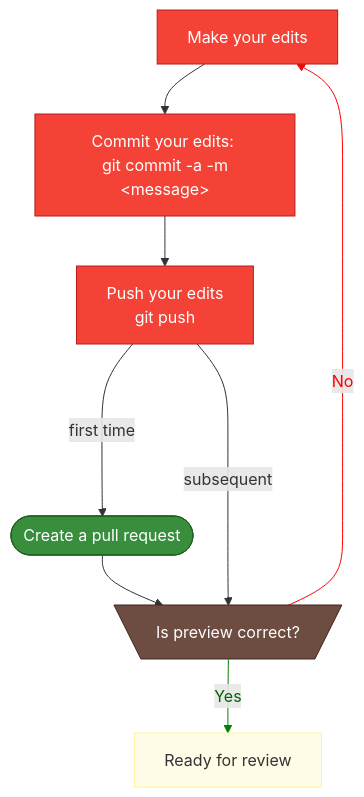
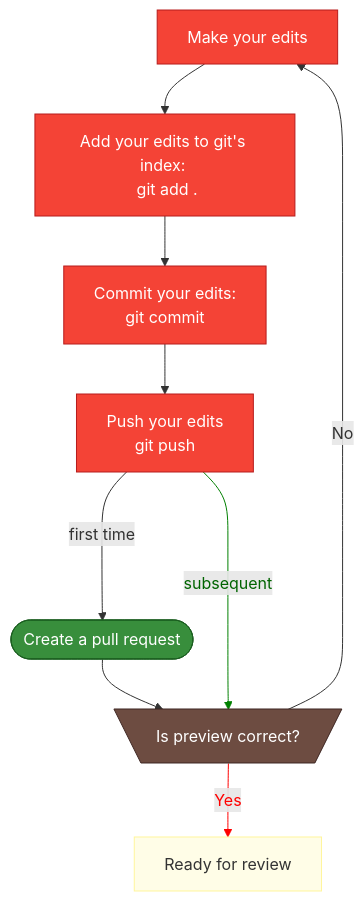
The fourth of 5 diagrams in documentation/docs/developer_guide/contribution_flowchart.md (CABLE-LSM/CABLE), drawn with Mermaid before and after one commit. The commit also changed other lines of this file, not shown here.

Commit message:
Separate add and commit

````diff
--- a/documentation/docs/developer_guide/contribution_flowchart.md
+++ b/documentation/docs/developer_guide/contribution_flowchart.md
@@ -108,29 +108,30 @@
 ```mermaid
    flowchart TB
 
       edits[Make your edits]:::term;
-      commit["Commit your edits: <br> git commit -a -m &lt;message&gt;"]:::term;
+      add["Add your edits to git's index: <br> git add ."]:::term;
+      commit["Commit your edits: <br> git commit"]:::term;
       push[Push your edits <br> git push]:::term;
       pr([Create a pull request]):::github;
       preview[\Is preview correct?/]:::question;
       review[Ready for review];
 
-      edits --> commit --> push;
+      edits --> add --> commit --> push;
       push --> |first time|pr --> preview;
       push ----> |subsequent|preview;
       preview -->|Yes|review;
       preview -->|No|edits;
 
       classDef default fill:#FFFDE7, stroke:#FFF59D;
       classDef uniq fill:#D81B60, stroke:#880E4F, color:#FFFFFF;
       classDef github fill:#388E3C,stroke:#1B5E20, color:#FFFFFF;
       classDef term fill:#F44336, stroke:#B71C1C, color:#FFFFFF;
       classDef question fill:#6D4C41, stroke:#3E2723, color:#FFFFFF; 
 
       linkStyle 6 stroke:red,color:red;
       linkStyle 5 stroke:green,color:darkgreen;
 
       click review "https://cable-lsm.github.io/CABLE/developer_guide/contribution_flowchart/#review" "Review process"
 
 ;
 ```
````
